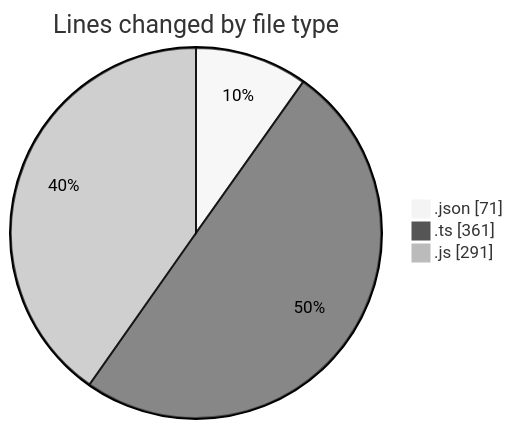
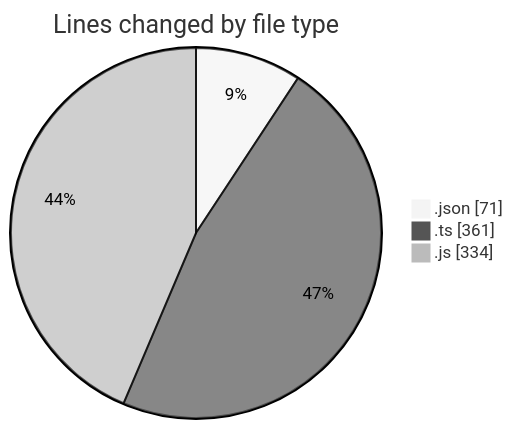
The first of 2 diagrams in 2025-02-06/cda/README.md (momahboobian/code-tracking), drawn with Mermaid (neutral theme) before and after one commit. The commit also changed other lines of this file and 1 other file, not shown here.

````diff
--- a/2025-02-06/cda/README.md
+++ b/2025-02-06/cda/README.md
@@ -27,7 +27,7 @@
 ```mermaid
 pie showData
 title Lines changed by file type
 ".json" : 71
 ".ts" : 361
-".js" : 291
+".js" : 334
 ```
````
